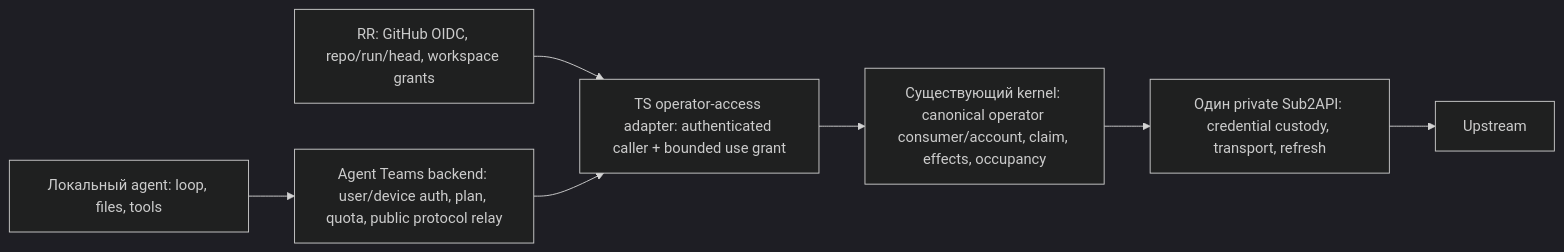
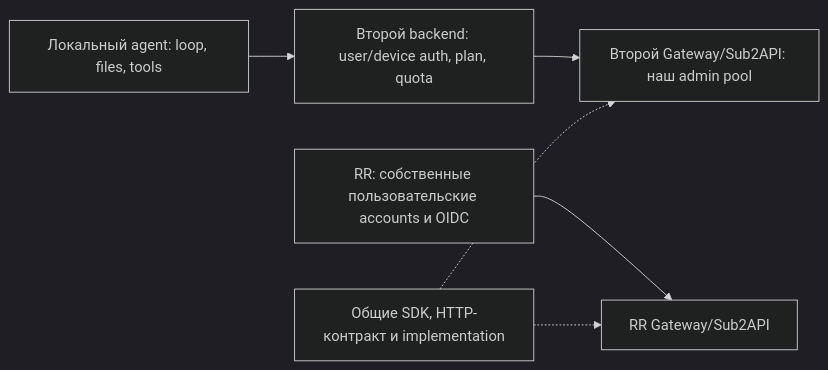
One commit to 777genius/review-router-ai changed the diagram in ai-docs/architecture/54-account-gateway-second-consumer-and-quota-plan.md. Above: the diagram before and after it, drawn with Mermaid (dark theme). The commit also changed other lines of this file and 2 other files, not shown here.

First line of the commit message:
docs: record gateway delivery and separate sharing scope

````diff
--- a/ai-docs/architecture/54-account-gateway-second-consumer-and-quota-plan.md
+++ b/ai-docs/architecture/54-account-gateway-second-consumer-and-quota-plan.md
@@ -69,9 +86,8 @@
 ```mermaid
 flowchart LR
-  RR[RR: GitHub OIDC, repo/run/head, workspace grants] --> OA
+  RR[RR: собственные пользовательские accounts и OIDC] --> RRG[RR Gateway/Sub2API]
   LOCAL[Локальный agent: loop, files, tools] --> RELAY
-  RELAY[Agent Teams backend: user/device auth, plan, quota, public protocol relay] --> OA
-  OA[TS operator-access adapter: authenticated caller + bounded use grant] --> K
-  K[Существующий kernel: canonical operator consumer/account, claim, effects, occupancy] --> GO
-  GO[Один private Sub2API: credential custody, transport, refresh] --> P[Upstream]
+  RELAY[Второй backend: user/device auth, plan, quota] --> ATG[Второй Gateway/Sub2API: наш admin pool]
+  SHARED[Общие SDK, HTTP-контракт и implementation] -.-> RRG
+  SHARED -.-> ATG
 ```
````
